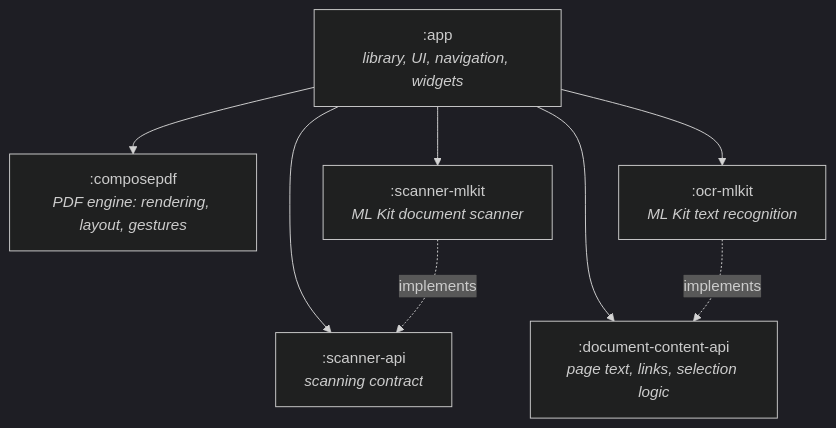
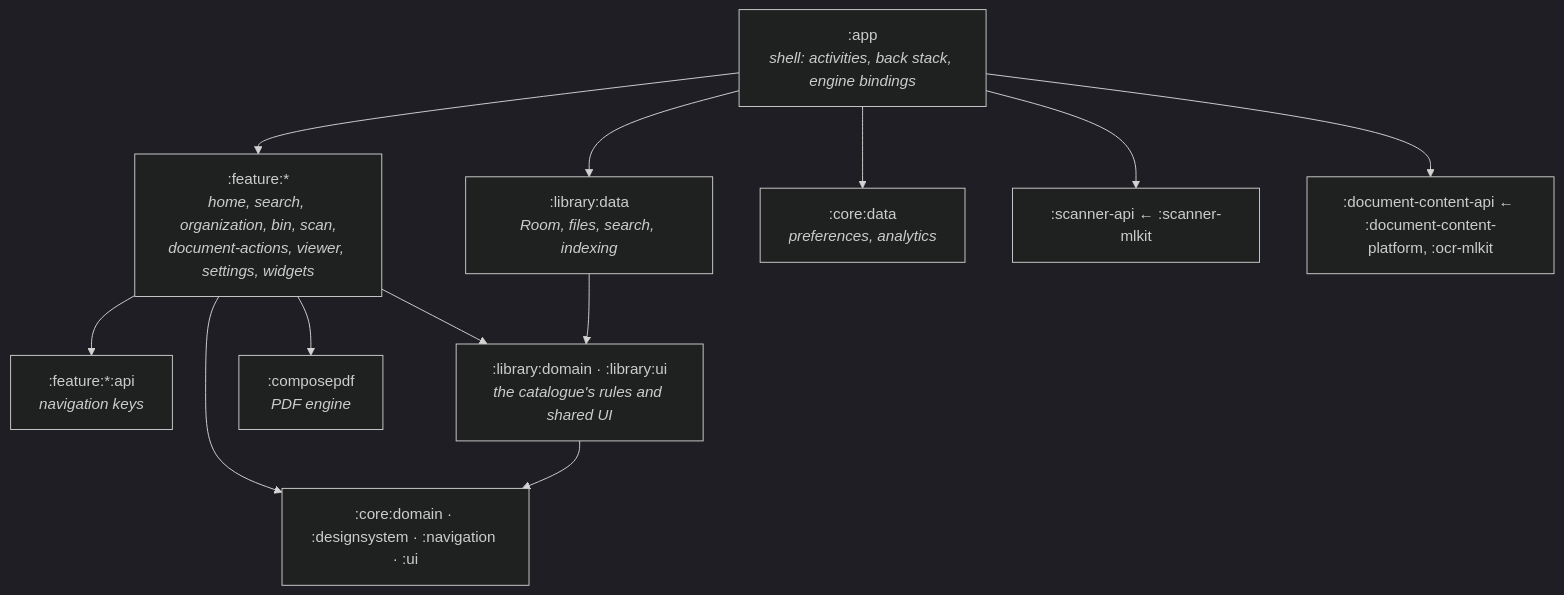
One commit to BobbyESP/Docucraft changed the diagram in README.md. Above: the diagram before and after it, drawn with Mermaid (dark theme). The commit also changed other lines of this file and 10 other files, not shown here.

````diff
--- a/README.md
+++ b/README.md
@@ -159,17 +161,25 @@
 ```mermaid
 graph TD
-    app[":app<br/><i>library, UI, navigation, widgets</i>"]
-    composepdf[":composepdf<br/><i>PDF engine: rendering, layout, gestures</i>"]
-    scannerApi[":scanner-api<br/><i>scanning contract</i>"]
-    scannerMlkit[":scanner-mlkit<br/><i>ML Kit document scanner</i>"]
-    contentApi[":document-content-api<br/><i>page text, links, selection logic</i>"]
-    ocrMlkit[":ocr-mlkit<br/><i>ML Kit text recognition</i>"]
+    app[":app<br/><i>shell: activities, back stack, engine bindings</i>"]
+    features[":feature:*<br/><i>home, search, organization, bin, scan,<br/>document-actions, viewer, settings, widgets</i>"]
+    apis[":feature:*:api<br/><i>navigation keys</i>"]
+    library[":library:domain · :library:ui<br/><i>the catalogue's rules and shared UI</i>"]
+    libraryData[":library:data<br/><i>Room, files, search, indexing</i>"]
+    core[":core:domain · :designsystem · :navigation · :ui"]
+    coreData[":core:data<br/><i>preferences, analytics</i>"]
+    composepdf[":composepdf<br/><i>PDF engine</i>"]
+    scanner[":scanner-api ← :scanner-mlkit"]
+    content[":document-content-api ← :document-content-platform, :ocr-mlkit"]
 
-    app --> composepdf
-    app --> scannerApi
-    app --> scannerMlkit
-    app --> contentApi
-    app --> ocrMlkit
-    scannerMlkit -. implements .-> scannerApi
-    ocrMlkit -. implements .-> contentApi
+    app --> features
+    app --> libraryData
+    app --> coreData
+    app --> scanner
+    app --> content
+    features --> apis
+    features --> library
+    features --> core
+    features --> composepdf
+    libraryData --> library
+    library --> core
 ```
````
